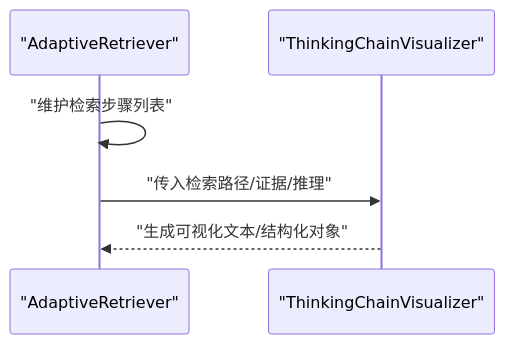
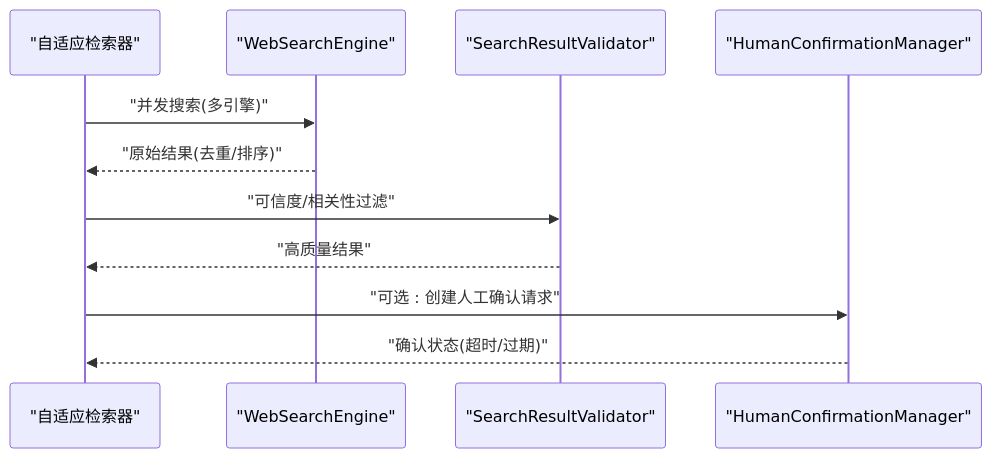
The eighth of 10 diagrams in .qoder/repowiki/zh/content/检索引擎模块/检索引擎模块.md (JieGaoPrinceton/NecoRAG), drawn with Mermaid before and after one commit. The commit also changed other lines of this file and 181 other files, not shown here.

````diff
--- a/.qoder/repowiki/zh/content/检索引擎模块/检索引擎模块.md
+++ b/.qoder/repowiki/zh/content/检索引擎模块/检索引擎模块.md
@@ -332,8 +285,13 @@
 ```mermaid
 sequenceDiagram
-participant AR as "AdaptiveRetriever"
-participant TV as "ThinkingChainVisualizer"
-AR->>AR : "维护检索步骤列表"
-AR->>TV : "传入检索路径/证据/推理"
-TV-->>AR : "生成可视化文本/结构化对象"
+participant AR as "自适应检索器"
+participant WSE as "WebSearchEngine"
+participant VAL as "SearchResultValidator"
+participant HCM as "HumanConfirmationManager"
+AR->>WSE : "并发搜索(多引擎)"
+WSE-->>AR : "原始结果(去重/排序)"
+AR->>VAL : "可信度/相关性过滤"
+VAL-->>AR : "高质量结果"
+AR->>HCM : "可选 : 创建人工确认请求"
+HCM-->>AR : "确认状态(超时/过期)"
 ```
````
